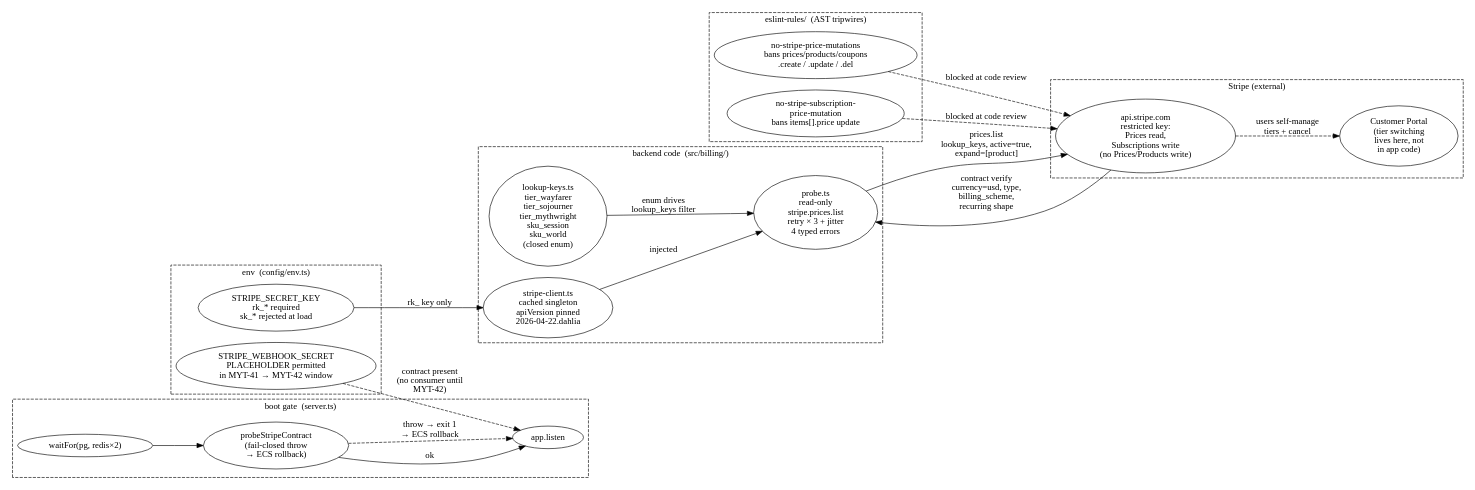
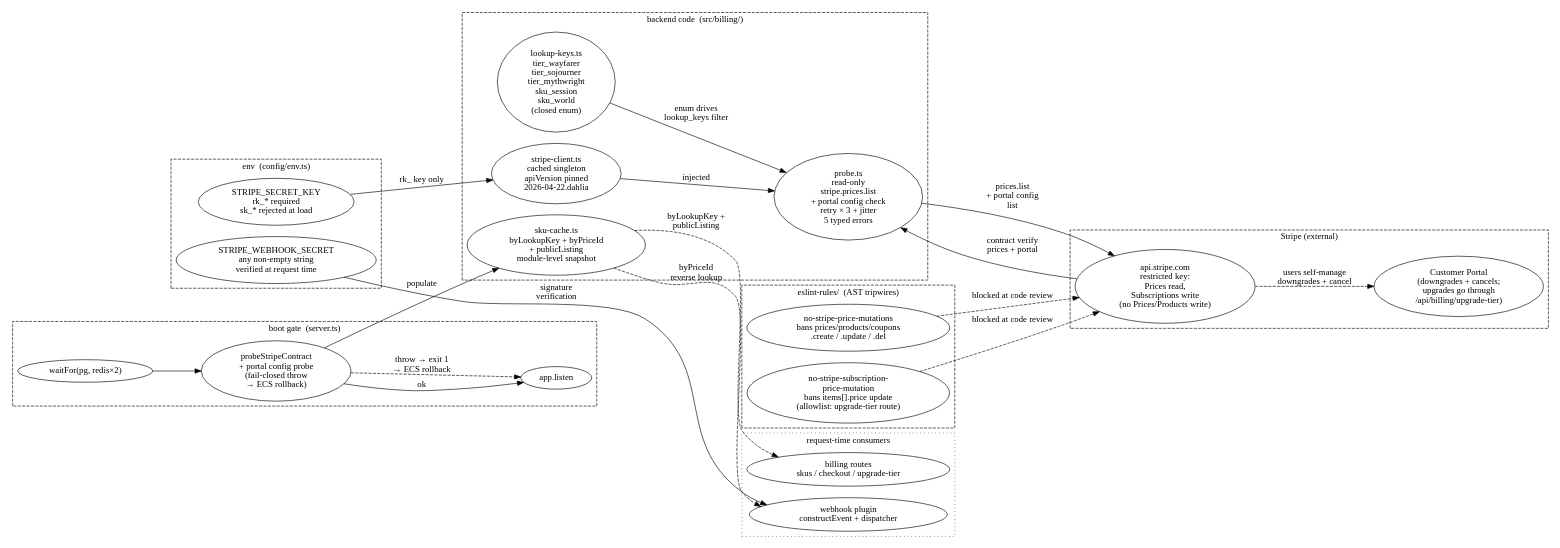
Before and after one commit to mythrun/mythrun: the diagram in docs/wiki/diagrams/auth-billing/stripe-contract.dot, drawn with Graphviz. The commit also changed 28 other files, not shown here.

```diff
--- a/docs/wiki/diagrams/auth-billing/stripe-contract.dot
+++ b/docs/wiki/diagrams/auth-billing/stripe-contract.dot
@@ -1,81 +1,96 @@
 digraph stripe_contract {
-  // The Stripe-contract surface as it stands at MYT-41: a closed enum of
+  // The Stripe-contract surface as it stands at MYT-42: a closed enum of
   // lookup_keys, a cached SDK client pinned to one API version, a read-only
-  // boot-time probe that fails closed on mismatch, and the restricted-key
-  // boundary that keeps mutation off the wire entirely. The webhook route
-  // is intentionally absent until MYT-42 lands the verifying handler.
+  // boot-time probe that fails closed on mismatch and populates the
+  // module-level SKU cache, the Customer Portal config check, and the
+  // restricted-key boundary that keeps mutation off the wire entirely.
+  // The webhook plugin and billing routes consume the cached snapshot.
   rankdir=LR;
   compound=true;
 
   subgraph cluster_code {
     label="backend code  (src/billing/)";
     style="dashed";
     color="ember";
     fontcolor="ember";
 
     lookup [label="lookup-keys.ts\ntier_wayfarer\ntier_sojourner\ntier_mythwright\nsku_session\nsku_world\n(closed enum)"];
     client [label="stripe-client.ts\ncached singleton\napiVersion pinned\n2026-04-22.dahlia"];
-    probe  [label="probe.ts\nread-only\nstripe.prices.list\nretry × 3 + jitter\n4 typed errors"];
+    probe  [label="probe.ts\nread-only\nstripe.prices.list\n+ portal config check\nretry × 3 + jitter\n5 typed errors"];
+    cache  [label="sku-cache.ts\nbyLookupKey + byPriceId\n+ publicListing\nmodule-level snapshot"];
   }
 
   subgraph cluster_eslint {
     label="eslint-rules/  (AST tripwires)";
     style="dashed";
     color="ember";
     fontcolor="ember";
 
     rule_p [label="no-stripe-price-mutations\nbans prices/products/coupons\n.create / .update / .del"];
-    rule_s [label="no-stripe-subscription-\nprice-mutation\nbans items[].price update"];
+    rule_s [label="no-stripe-subscription-\nprice-mutation\nbans items[].price update\n(allowlist: upgrade-tier route)"];
   }
 
   subgraph cluster_env {
     label="env  (config/env.ts)";
     style="dashed";
     color="ember";
     fontcolor="ember";
 
     env_sk [label="STRIPE_SECRET_KEY\nrk_* required\nsk_* rejected at load"];
-    env_wh [label="STRIPE_WEBHOOK_SECRET\nPLACEHOLDER permitted\nin MYT-41 → MYT-42 window"];
+    env_wh [label="STRIPE_WEBHOOK_SECRET\nany non-empty string\nverified at request time"];
   }
 
   subgraph cluster_boot {
     label="boot gate  (server.ts)";
     style="dashed";
     color="ember";
     fontcolor="ember";
 
     waitfor  [label="waitFor(pg, redis×2)"];
-    probegate [label="probeStripeContract\n(fail-closed throw\n→ ECS rollback)"];
+    probegate [label="probeStripeContract\n+ portal config probe\n(fail-closed throw\n→ ECS rollback)"];
     listen   [label="app.listen"];
+  }
+
+  subgraph cluster_consumers {
+    label="request-time consumers";
+    style="dotted";
+
+    webhook [label="webhook plugin\nconstructEvent + dispatcher"];
+    routes  [label="billing routes\nskus / checkout / upgrade-tier"];
   }
 
   subgraph cluster_stripe {
     label="Stripe (external)";
     style="dashed";
     color="ember";
     fontcolor="ember";
 
     api    [label="api.stripe.com\nrestricted key:\nPrices read,\nSubscriptions write\n(no Prices/Products write)"];
-    portal [label="Customer Portal\n(tier switching\nlives here, not\nin app code)"];
+    portal [label="Customer Portal\n(downgrades + cancels;\nupgrades go through\n/api/billing/upgrade-tier)"];
   }
 
   // Boot ordering
   waitfor   -> probegate [label=""];
+  probegate -> cache     [label="populate"];
   probegate -> listen    [label="ok"];
   probegate -> listen    [label="throw → exit 1\n→ ECS rollback", style=dashed, color="ember", fontcolor="ember"];
 
   // Probe wiring
   lookup -> probe   [label="enum drives\nlookup_keys filter"];
   client -> probe   [label="injected"];
-  probe  -> api     [label="prices.list\nlookup_keys, active=true,\nexpand=[product]"];
-  api    -> probe   [label="contract verify\ncurrency=usd, type,\nbilling_scheme,\nrecurring shape"];
+  probe  -> api     [label="prices.list\n+ portal config\nlist"];
+  api    -> probe   [label="contract verify\nprices + portal"];
 
   // Env wiring
   env_sk -> client  [label="rk_ key only"];
-  env_wh -> listen  [label="contract present\n(no consumer until\nMYT-42)", style=dashed];
+  env_wh -> webhook [label="signature\nverification"];
 
   // Mutation boundary (negative space — what we DON'T do)
   rule_p -> api     [label="blocked at code review", style=dashed, color="ember", fontcolor="ember"];
   rule_s -> api     [label="blocked at code review", style=dashed, color="ember", fontcolor="ember"];
-  api    -> portal  [label="users self-manage\ntiers + cancel", style=dashed];
+  api    -> portal  [label="users self-manage\ndowngrades + cancel", style=dashed];
+
+  // Cache consumers
+  cache -> webhook [label="byPriceId\nreverse lookup", style=dashed];
+  cache -> routes  [label="byLookupKey +\npublicListing", style=dashed];
 }
```
